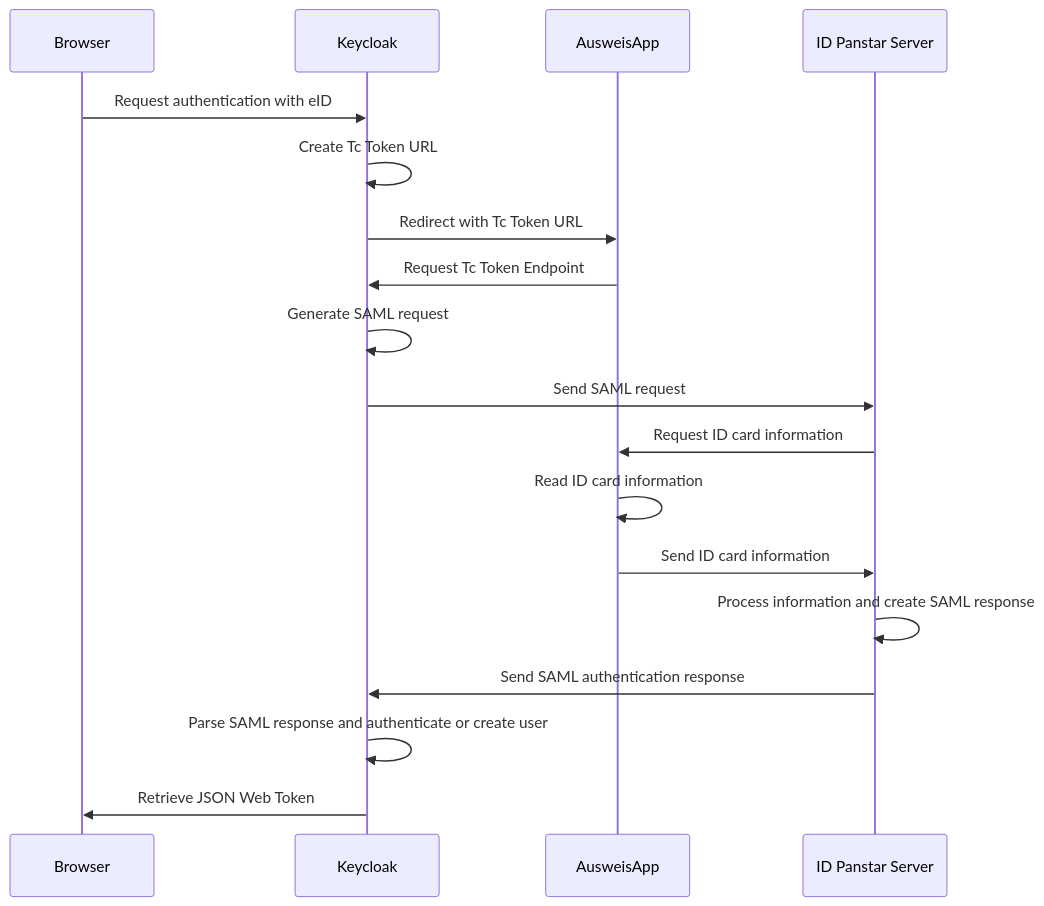
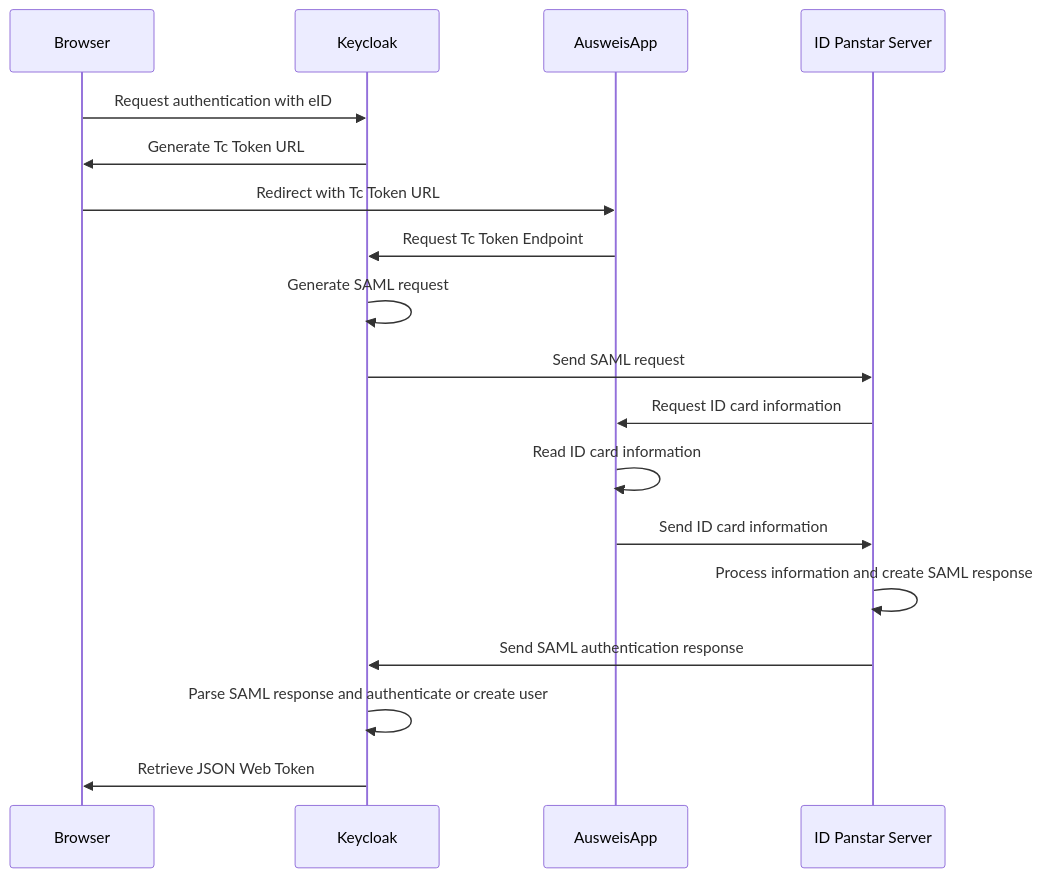
The diagram in README.md (L21s/keycloak-eid-identity-provider), drawn with Mermaid before and after one commit. The commit also changed other lines of this file, not shown here.

Commit message:
Refactor mermaid chart

````diff
--- a/README.md
+++ b/README.md
@@ -53,20 +50,20 @@
 ```mermaid
 sequenceDiagram
     participant Browser
     participant Keycloak
     participant AusweisApp
     participant ID Panstar Server
     Browser->>Keycloak: Request authentication with eID
-    Keycloak->>Keycloak: Create Tc Token URL
-    Keycloak->>AusweisApp: Redirect with Tc Token URL
+    Keycloak->>Browser: Generate Tc Token URL
+    Browser->>AusweisApp: Redirect with Tc Token URL
     AusweisApp->>Keycloak: Request Tc Token Endpoint
     Keycloak->>Keycloak: Generate SAML request
     Keycloak->>ID Panstar Server: Send SAML request
     ID Panstar Server->>AusweisApp: Request ID card information
     AusweisApp->>AusweisApp: Read ID card information
     AusweisApp->>ID Panstar Server: Send ID card information
     ID Panstar Server->>ID Panstar Server: Process information and create SAML response 
     ID Panstar Server->>Keycloak: Send SAML authentication response
     Keycloak->>Keycloak: Parse SAML response and authenticate or create user
     Keycloak->>Browser: Retrieve JSON Web Token
 ```
````
